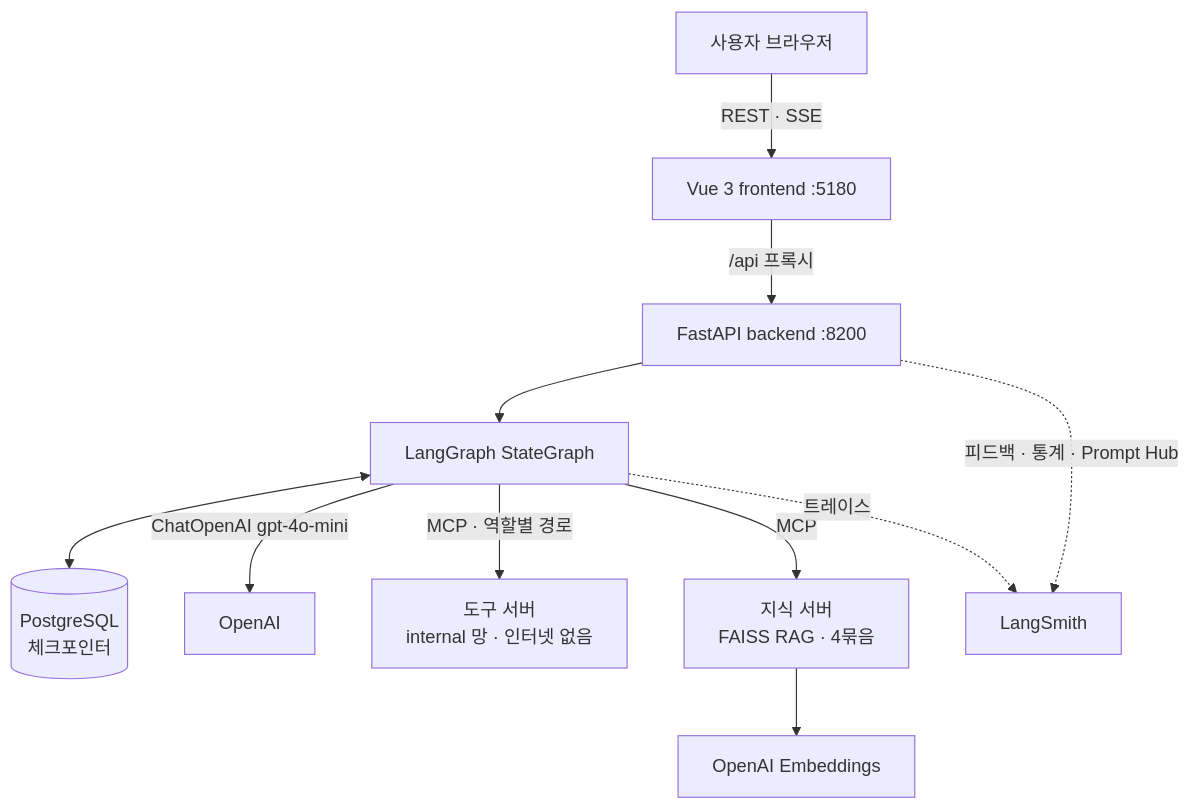
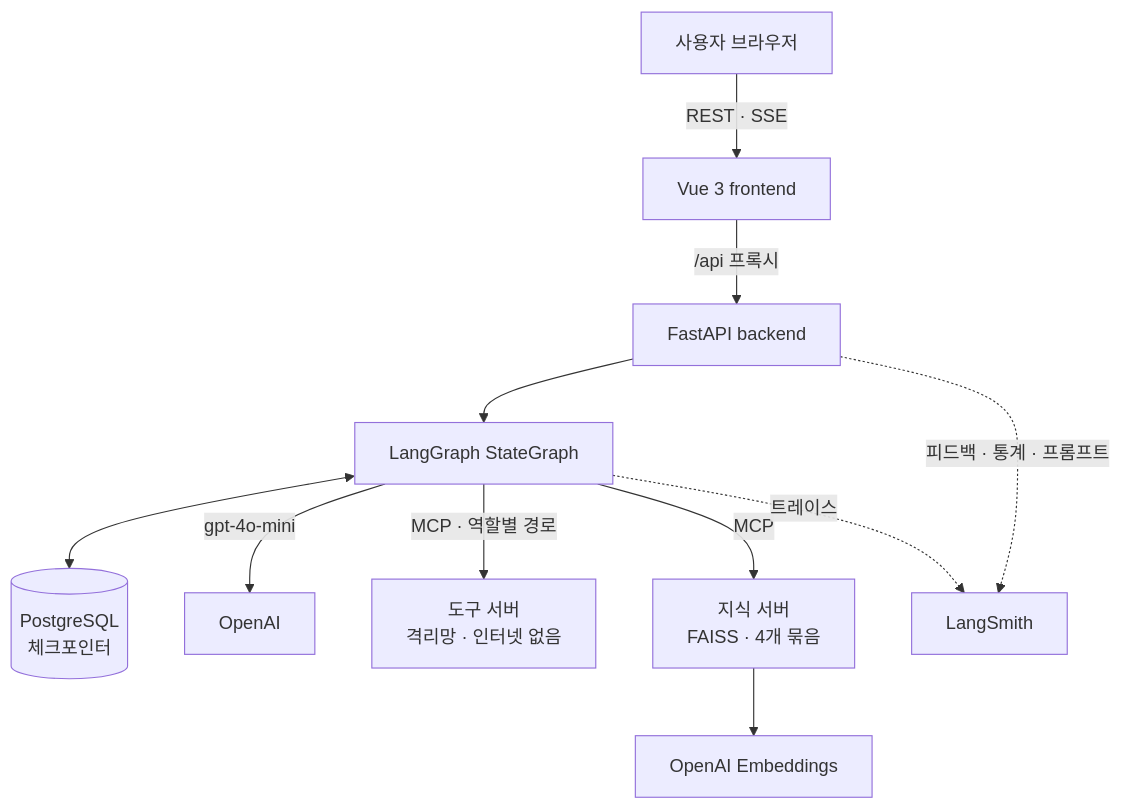
The third of 3 diagrams in README.md (skeey66/V-SI), drawn with Mermaid before and after one commit. The commit also changed other lines of this file and 12 other files, not shown here.

````diff
--- a/README.md
+++ b/README.md
@@ -229,13 +308,13 @@
 ```mermaid
 flowchart TB
-    U[사용자 브라우저] -->|REST · SSE| F[Vue 3 frontend :5180]
-    F -->|/api 프록시| API[FastAPI backend :8200]
+    U[사용자 브라우저] -->|REST · SSE| F[Vue 3 frontend]
+    F -->|/api 프록시| API[FastAPI backend]
     API --> GR[LangGraph StateGraph]
     GR <--> CK[(PostgreSQL<br/>체크포인터)]
-    GR -->|ChatOpenAI gpt-4o-mini| OAI[OpenAI]
-    GR -->|MCP · 역할별 경로| TS[도구 서버<br/>internal 망 · 인터넷 없음]
-    GR -->|MCP| KS[지식 서버<br/>FAISS RAG · 4묶음]
+    GR -->|gpt-4o-mini| OAI[OpenAI]
+    GR -->|MCP · 역할별 경로| TS[도구 서버<br/>격리망 · 인터넷 없음]
+    GR -->|MCP| KS[지식 서버<br/>FAISS · 4개 묶음]
     KS --> EMB[OpenAI Embeddings]
     GR -.트레이스.-> LS[LangSmith]
-    API -.피드백 · 통계 · Prompt Hub.-> LS
+    API -.피드백 · 통계 · 프롬프트.-> LS
 ```
````
